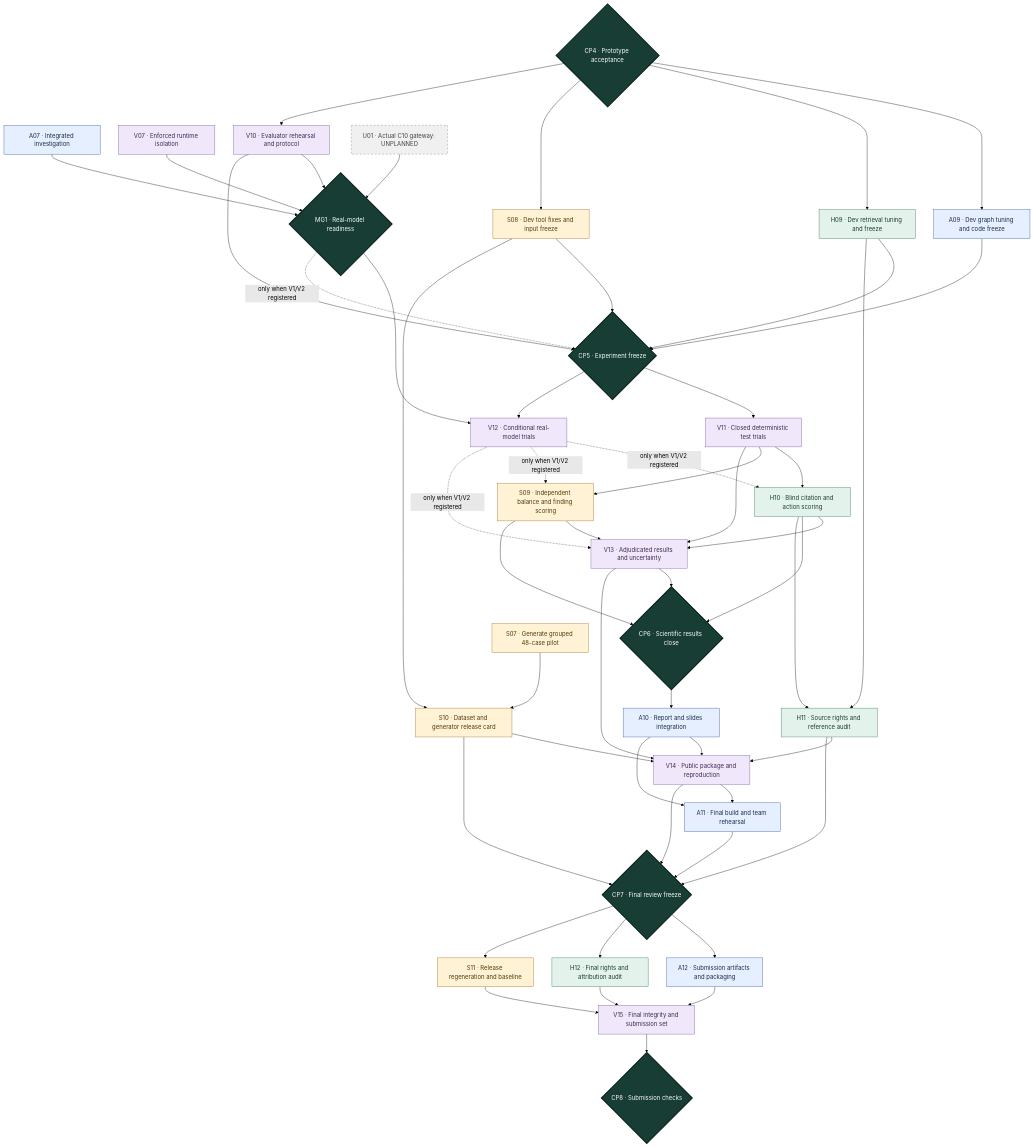
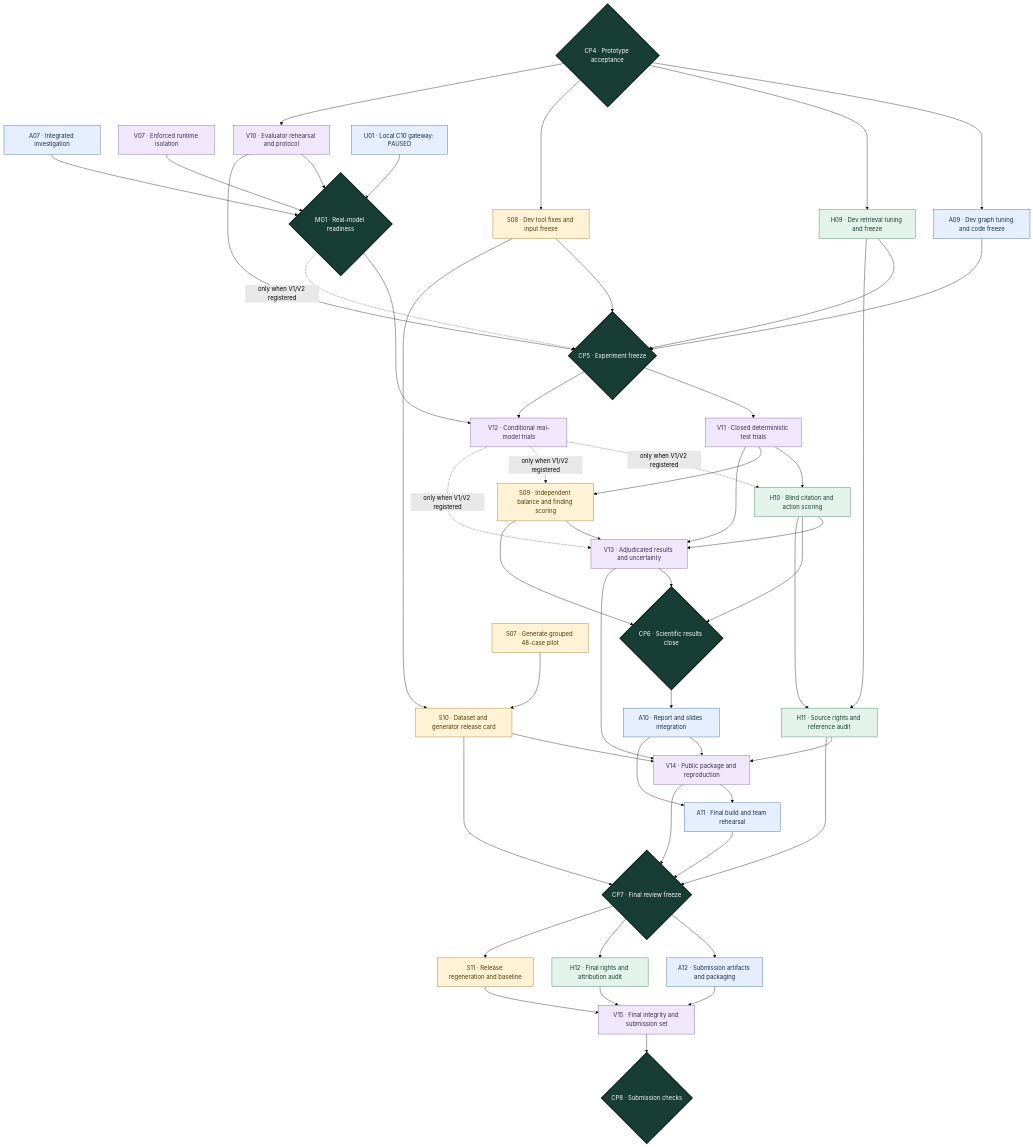
One commit to R-V-Abhishek/ReCycleGuard changed the third of 3 diagrams in implementation plan.md. Above: the diagram before and after it, drawn with Mermaid (forest theme). The commit also changed other lines of this file and 29 other files, not shown here.

Commit message:
feat: checkpoint paused local model gateway development

````diff
--- a/implementation plan.md
+++ b/implementation plan.md
@@ -347,7 +347,7 @@
     H09["H09 · Dev retrieval tuning and freeze"]
     S08["S08 · Dev tool fixes and input freeze"]
     V10["V10 · Evaluator rehearsal and protocol"]
-    U01["U01 · Actual C10 gateway: UNPLANNED"]
+    U01["U01 · Local C10 gateway: PAUSED"]
     MG1{"MG1 · Real-model readiness"}
     CP5{"CP5 · Experiment freeze"}
     V11["V11 · Closed deterministic test trials"]
@@ -428,5 +428,5 @@
     class S08,S09,S07,S10,S11 ownerS
     class V07,V10,V11,V12,V13,V14,V15 ownerV
     class CP4,MG1,CP5,CP6,CP7,CP8 checkpoint
-    class U01 unscheduled
+    class U01 ownerA
 ```
````
